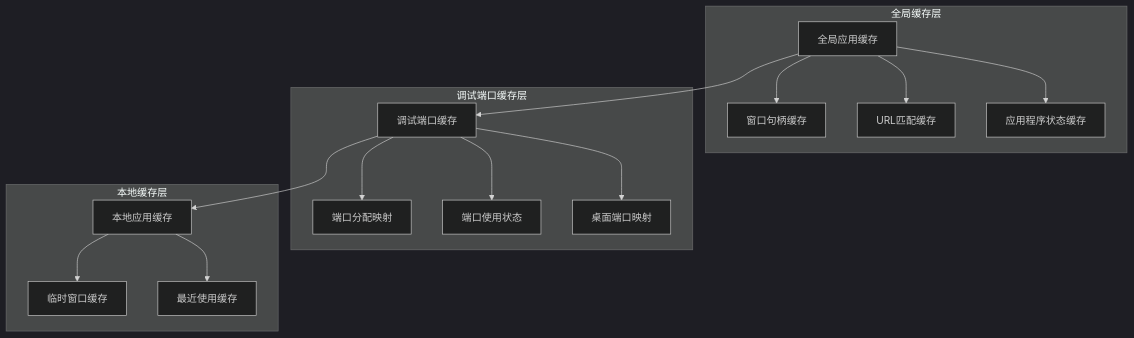
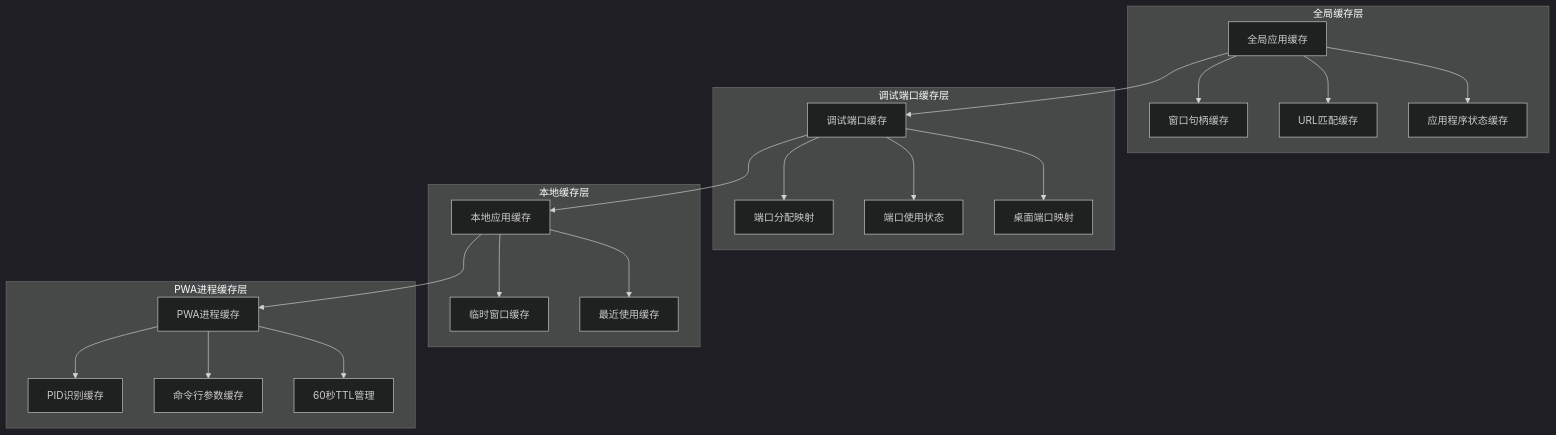
One commit to wangys-123doit/hotkey changed diagram 16 of 18 in .qoder/repowiki/zh/content/核心功能/浏览器应用管理.md. Above: the diagram before and after it, drawn with Mermaid (dark theme). The commit also changed other lines of this file and 14 other files, not shown here.

````diff
--- a/.qoder/repowiki/zh/content/核心功能/浏览器应用管理.md
+++ b/.qoder/repowiki/zh/content/核心功能/浏览器应用管理.md
@@ -697,19 +715,25 @@
 ```mermaid
 graph TB
 subgraph "全局缓存层"
 A[全局应用缓存] --> B[窗口句柄缓存]
 A --> C[URL匹配缓存]
 A --> D[应用程序状态缓存]
 end
 subgraph "调试端口缓存层"
 E[调试端口缓存] --> F[端口分配映射]
 E --> G[端口使用状态]
 E --> H[桌面端口映射]
 end
 subgraph "本地缓存层"
 I[本地应用缓存] --> J[临时窗口缓存]
 I --> K[最近使用缓存]
 end
+subgraph "PWA进程缓存层"
+L[PWA进程缓存] --> M[PID识别缓存]
+L --> N[命令行参数缓存]
+L --> O[60秒TTL管理]
+end
 A --> E
 E --> I
+I --> L
 ```
````
